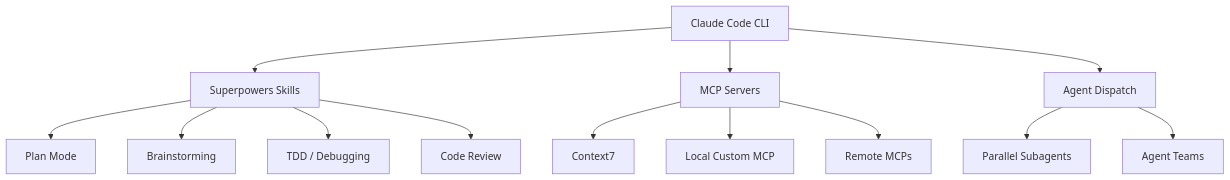
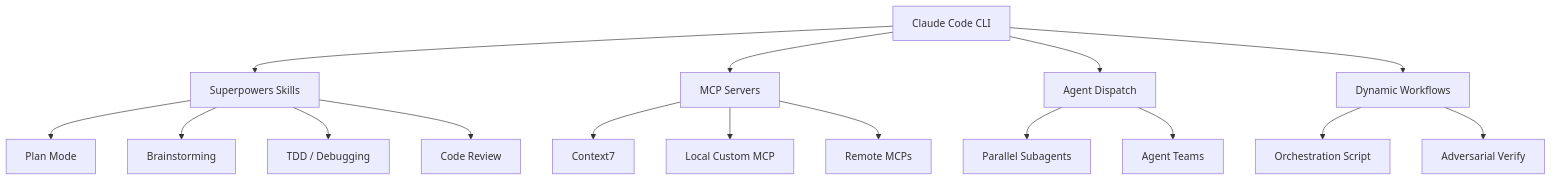
One commit to LvcasX1/claude-code-workflow changed the diagram in README.md. Above: the diagram before and after it, drawn with Mermaid. The commit also changed other lines of this file and 12 other files, not shown here.

````diff
--- a/README.md
+++ b/README.md
@@ -7,18 +7,22 @@
 ```mermaid
 graph TD
     A[Claude Code CLI] --> B[Superpowers Skills]
     A --> C[MCP Servers]
     A --> D[Agent Dispatch]
+    A --> E[Dynamic Workflows]
 
     B --> B1[Plan Mode]
     B --> B2[Brainstorming]
     B --> B3[TDD / Debugging]
     B --> B4[Code Review]
 
     C --> C1[Context7]
     C --> C2[Local Custom MCP]
     C --> C3[Remote MCPs]
 
     D --> D1[Parallel Subagents]
     D --> D2[Agent Teams]
+
+    E --> E1[Orchestration Script]
+    E --> E2[Adversarial Verify]
 ```
````
